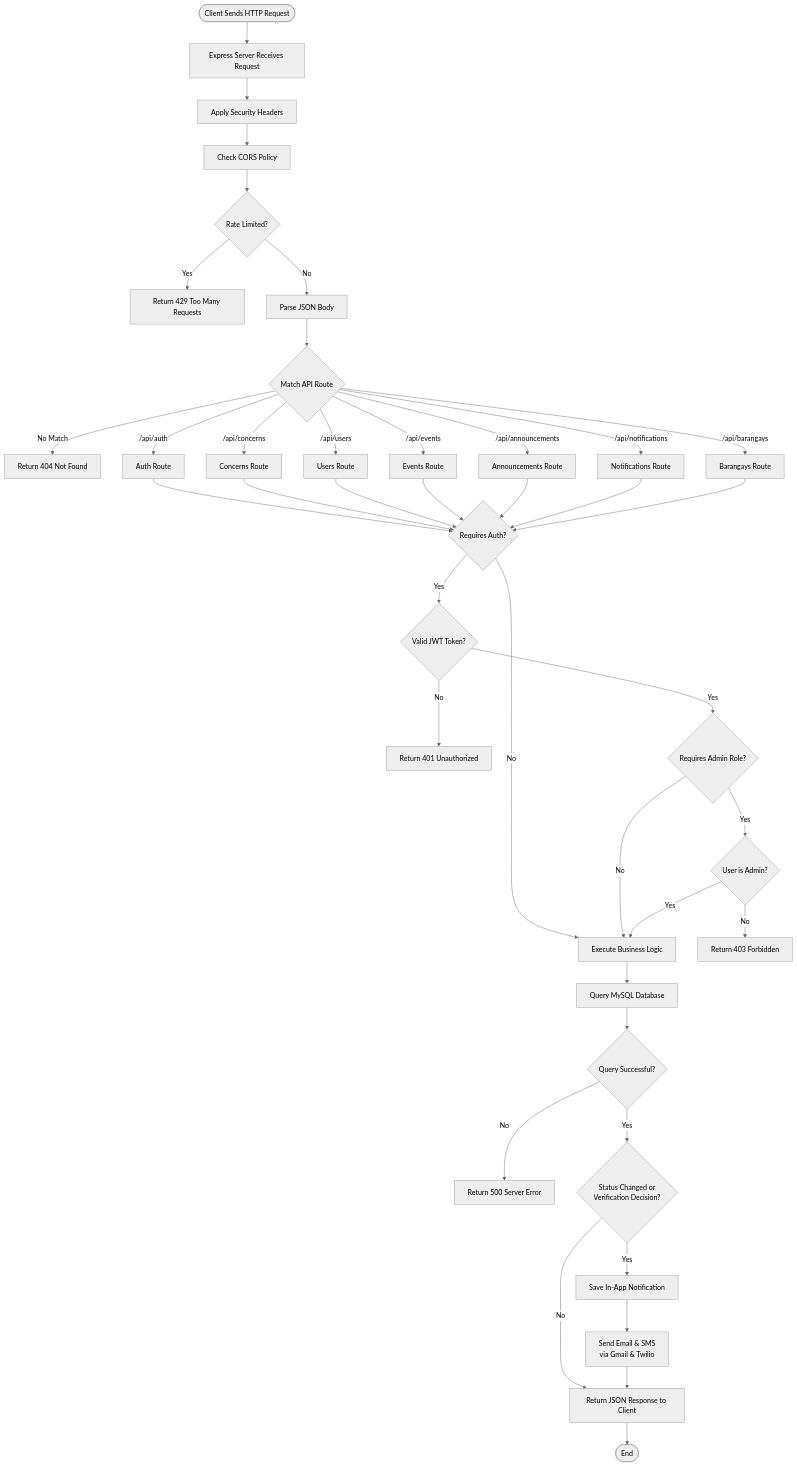
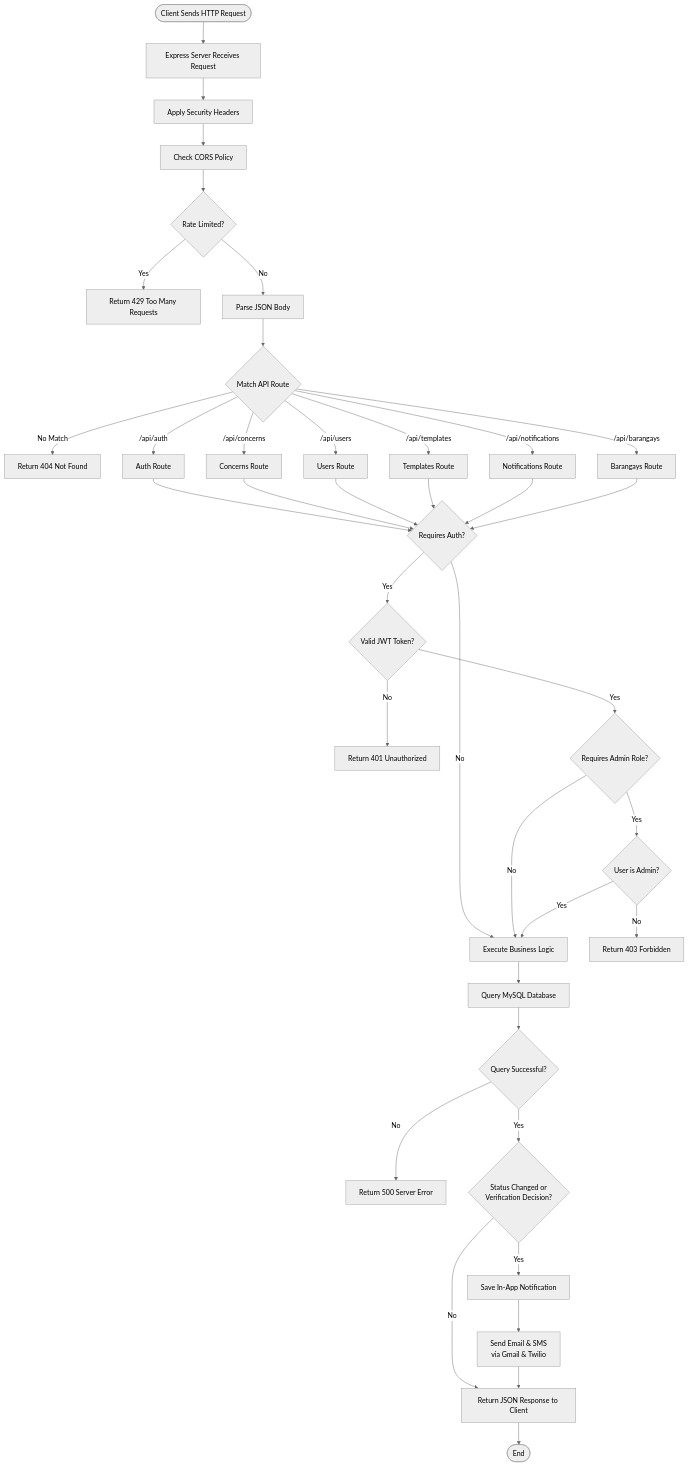
One commit to palingubaerwin029-ai/citivoice changed the tenth of 10 diagrams in diagrams.md. Above: the diagram before and after it, drawn with Mermaid (neutral theme). The commit also changed other lines of this file and 10 other files, not shown here.

````diff
--- a/diagrams.md
+++ b/diagrams.md
@@ -438,55 +453,53 @@
 ```mermaid
 flowchart TD
     Start([Client Sends HTTP Request])
     Start --> Server[Express Server Receives Request]
     Server --> Helmet[Apply Security Headers]
     Helmet --> CORS[Check CORS Policy]
     CORS --> RateLimit{Rate Limited?}
 
     RateLimit -- Yes --> Block[Return 429 Too Many Requests]
     RateLimit -- No --> ParseBody[Parse JSON Body]
 
     ParseBody --> Route{Match API Route}
     Route -- No Match --> NotFound[Return 404 Not Found]
 
     Route -- "/api/auth" --> AuthRoute[Auth Route]
     Route -- "/api/concerns" --> ConcernRoute[Concerns Route]
     Route -- "/api/users" --> UserRoute[Users Route]
-    Route -- "/api/events" --> EventRoute[Events Route]
-    Route -- "/api/announcements" --> AnnounceRoute[Announcements Route]
+    Route -- "/api/templates" --> TemplateRoute[Templates Route]
     Route -- "/api/notifications" --> NotifRoute[Notifications Route]
     Route -- "/api/barangays" --> BarangayRoute[Barangays Route]
 
     AuthRoute --> NeedAuth{Requires Auth?}
     ConcernRoute --> NeedAuth
     UserRoute --> NeedAuth
-    EventRoute --> NeedAuth
-    AnnounceRoute --> NeedAuth
+    TemplateRoute --> NeedAuth
     NotifRoute --> NeedAuth
     BarangayRoute --> NeedAuth
 
     NeedAuth -- No --> Process
     NeedAuth -- Yes --> VerifyJWT{Valid JWT Token?}
     VerifyJWT -- No --> Unauthorized[Return 401 Unauthorized]
     VerifyJWT -- Yes --> CheckRole{Requires Admin Role?}
 
     CheckRole -- No --> Process
     CheckRole -- Yes --> IsAdmin{User is Admin?}
     IsAdmin -- No --> Forbidden[Return 403 Forbidden]
     IsAdmin -- Yes --> Process
 
     Process[Execute Business Logic]
     Process --> DBQuery[Query MySQL Database]
     DBQuery --> DBResult{Query Successful?}
 
     DBResult -- No --> ServerError[Return 500 Server Error]
     DBResult -- Yes --> NeedNotify{Status Changed or<br/>Verification Decision?}
 
     NeedNotify -- No --> Response
     NeedNotify -- Yes --> SaveNotif[Save In-App Notification]
     SaveNotif --> SendExternal[Send Email & SMS<br/>via Gmail & Twilio]
     SendExternal --> Response
 
     Response[Return JSON Response to Client]
     Response --> End([End])
 ```
````
